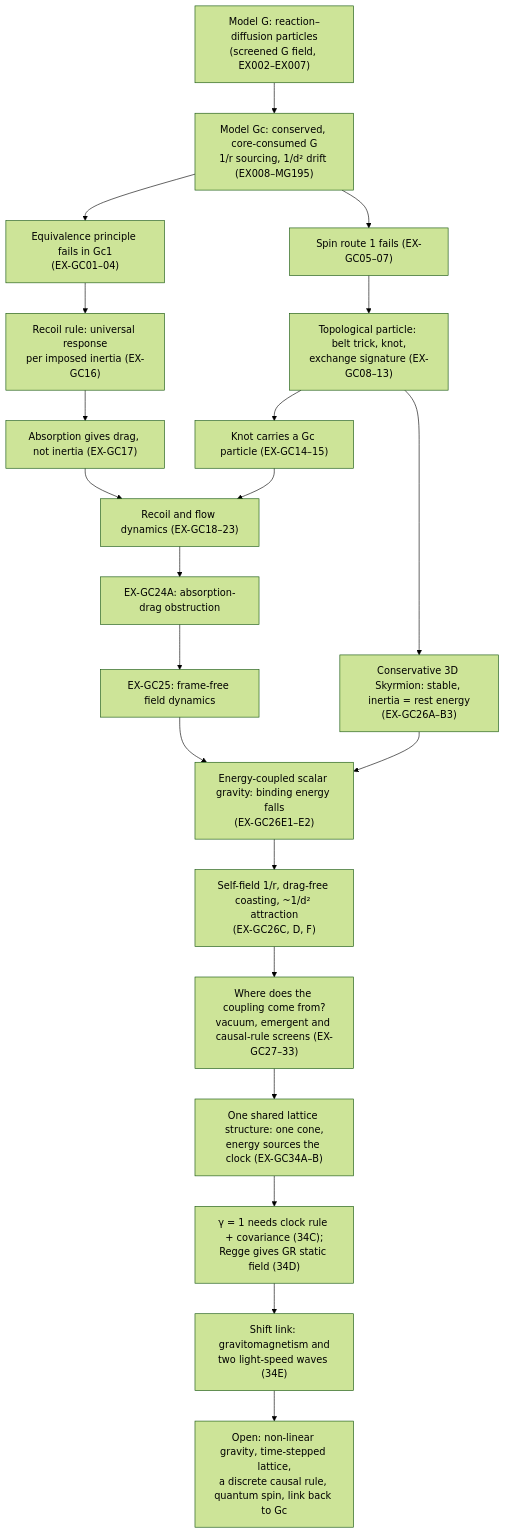
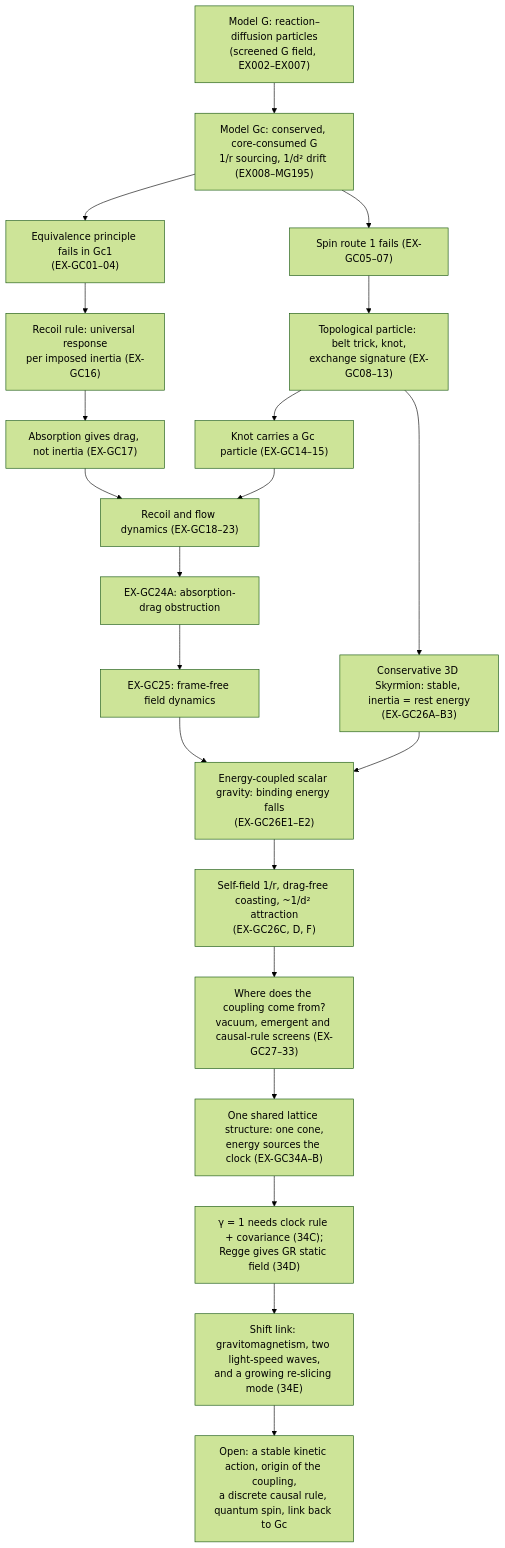
The diagram in paper/Model_Gc_white_paper_v0.5.md (RichardBenear/Model-Gc), drawn with Mermaid (forest theme) before and after one commit. The commit also changed other lines of this file and 8 other files, not shown here.

First line of the commit message:
EX-GC34E: confirm growing vacuum mode (post hoc); correct 34D/34E notes; white paper v0.5 revision 2; draft 34F plan

````diff
--- a/paper/Model_Gc_white_paper_v0.5.md
+++ b/paper/Model_Gc_white_paper_v0.5.md
@@ -709,23 +752,23 @@
 ```mermaid
 flowchart TD
   A["Model G: reaction–diffusion particles<br/>(screened G field, EX002–EX007)"] --> B["Model Gc: conserved, core-consumed G<br/>1/r sourcing, 1/d² drift (EX008–MG195)"]
   B --> C["Equivalence principle fails in Gc1<br/>(EX-GC01–04)"]
   C --> D["Recoil rule: universal response<br/>per imposed inertia (EX-GC16)"]
   B --> E["Spin route 1 fails (EX-GC05–07)"]
   E --> F["Topological particle: belt trick, knot,<br/>exchange signature (EX-GC08–13)"]
   F --> G["Knot carries a Gc particle (EX-GC14–15)"]
   D --> H["Absorption gives drag, not inertia (EX-GC17)"]
   G --> I["Recoil and flow dynamics (EX-GC18–23)"]
   H --> I
   I --> J["EX-GC24A: absorption-drag obstruction"]
   J --> K["EX-GC25: frame-free field dynamics"]
   F --> L["Conservative 3D Skyrmion: stable, inertia = rest energy<br/>(EX-GC26A–B3)"]
   K --> N["Energy-coupled scalar gravity: binding energy falls<br/>(EX-GC26E1–E2)"]
   L --> N
   N --> O["Self-field 1/r, drag-free coasting, ~1/d² attraction<br/>(EX-GC26C, D, F)"]
   O --> P["Where does the coupling come from?<br/>vacuum, emergent and causal-rule screens (EX-GC27–33)"]
   P --> Q["One shared lattice structure: one cone,<br/>energy sources the clock (EX-GC34A–B)"]
   Q --> R["γ = 1 needs clock rule + covariance (34C);<br/>Regge gives GR static field (34D)"]
-  R --> S["Shift link: gravitomagnetism and<br/>two light-speed waves (34E)"]
-  S --> M["Open: non-linear gravity, time-stepped lattice,<br/>a discrete causal rule, quantum spin, link back to Gc"]
+  R --> S["Shift link: gravitomagnetism, two light-speed waves,<br/>and a growing re-slicing mode (34E)"]
+  S --> M["Open: a stable kinetic action, origin of the coupling,<br/>a discrete causal rule, quantum spin, link back to Gc"]
 ```
````
